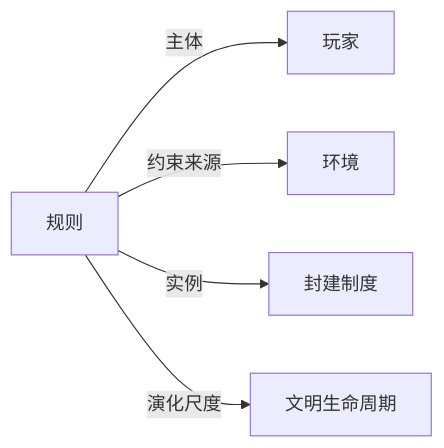
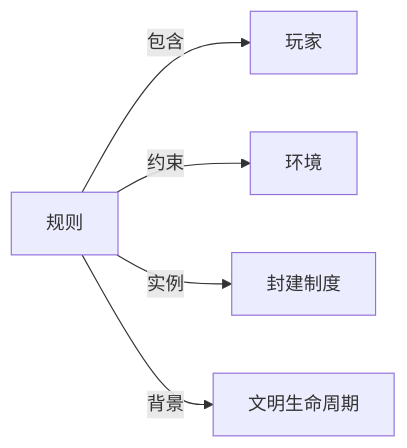
One commit to KIMMCHOW/MyKnowledge changed the diagram in Knowledge/Concepts/哲学/规则.md. Above: the diagram before and after it, drawn with Mermaid. The commit also changed 95 other files, not shown here.

Commit message:
reorganize: 统一关系图边标签为11类

````diff
--- a/Knowledge/Concepts/哲学/规则.md
+++ b/Knowledge/Concepts/哲学/规则.md
@@ -44,7 +44,7 @@
 ```mermaid
 graph LR
-规则 -->|主体| 玩家
-规则 -->|约束来源| 环境
+规则 -->|包含| 玩家
+规则 -->|约束| 环境
 规则 -->|实例| 封建制度
-规则 -->|演化尺度| 文明生命周期
+规则 -->|背景| 文明生命周期
 ```
````
